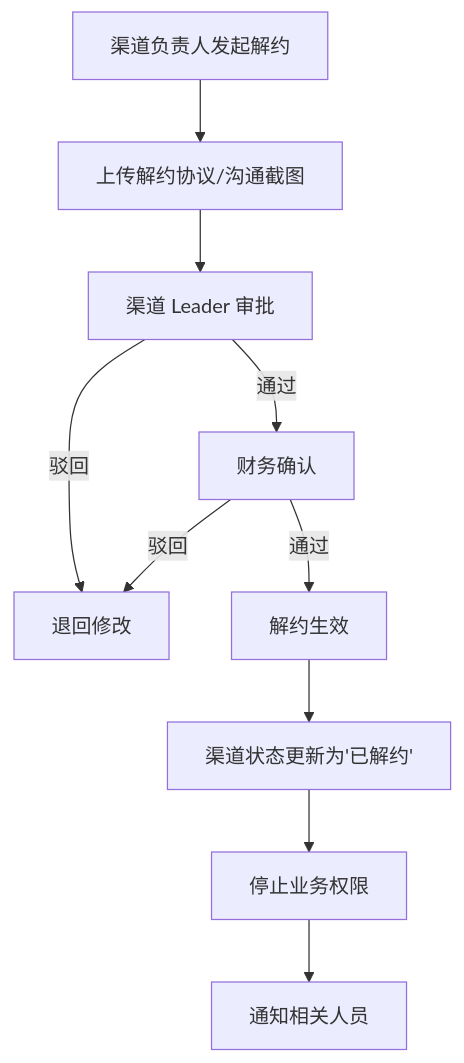
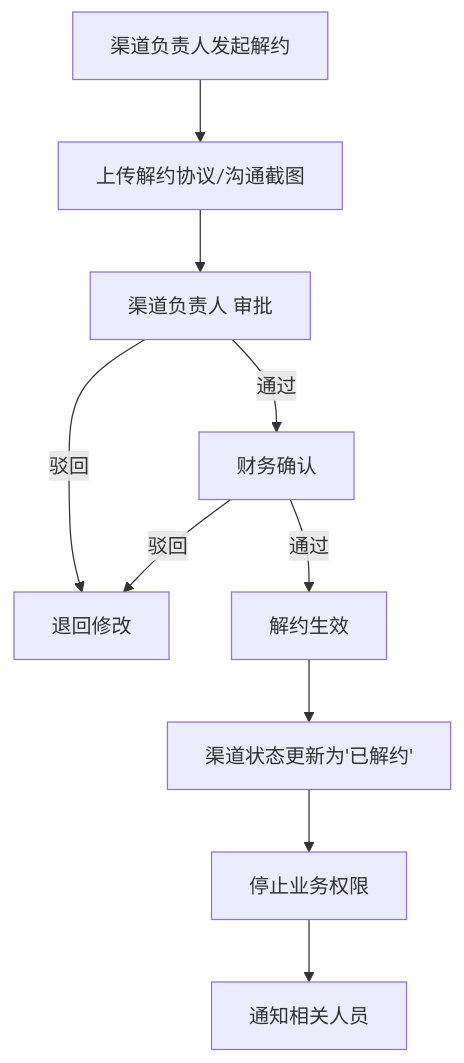
One commit to njwander/channel-demo changed diagram 15 of 17 in docs/渠道管理系统-PRD.md. Above: the diagram before and after it, drawn with Mermaid. The commit also changed other lines of this file and 23 other files, not shown here.

````diff
--- a/docs/渠道管理系统-PRD.md
+++ b/docs/渠道管理系统-PRD.md
@@ -1505,12 +1642,12 @@
 ```mermaid
 flowchart TD
     A[渠道负责人发起解约] --> B[上传解约协议/沟通截图]
-    B --> C[渠道 Leader 审批]
+    B --> C[渠道负责人 审批]
     C -->|驳回| D[退回修改]
     C -->|通过| E[财务确认]
     E -->|驳回| D
     E -->|通过| F[解约生效]
     F --> G[渠道状态更新为'已解约']
     G --> H[停止业务权限]
     H --> I[通知相关人员]
 ```
````
